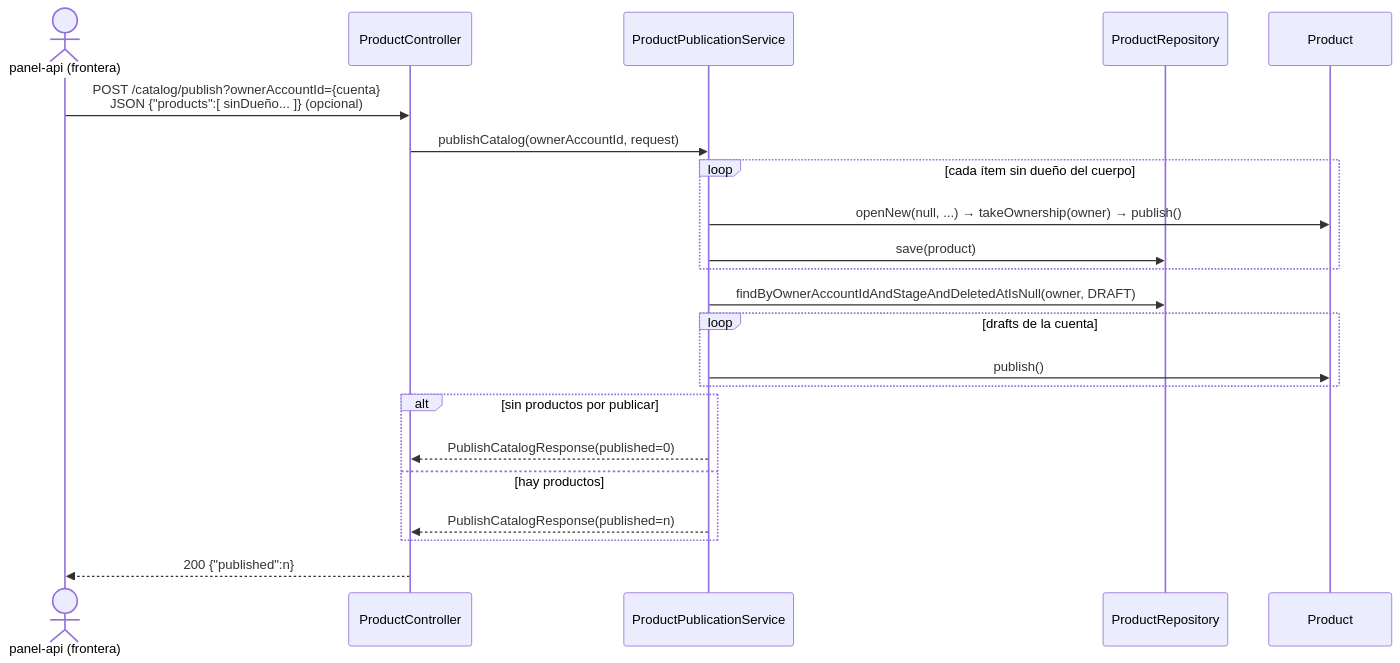
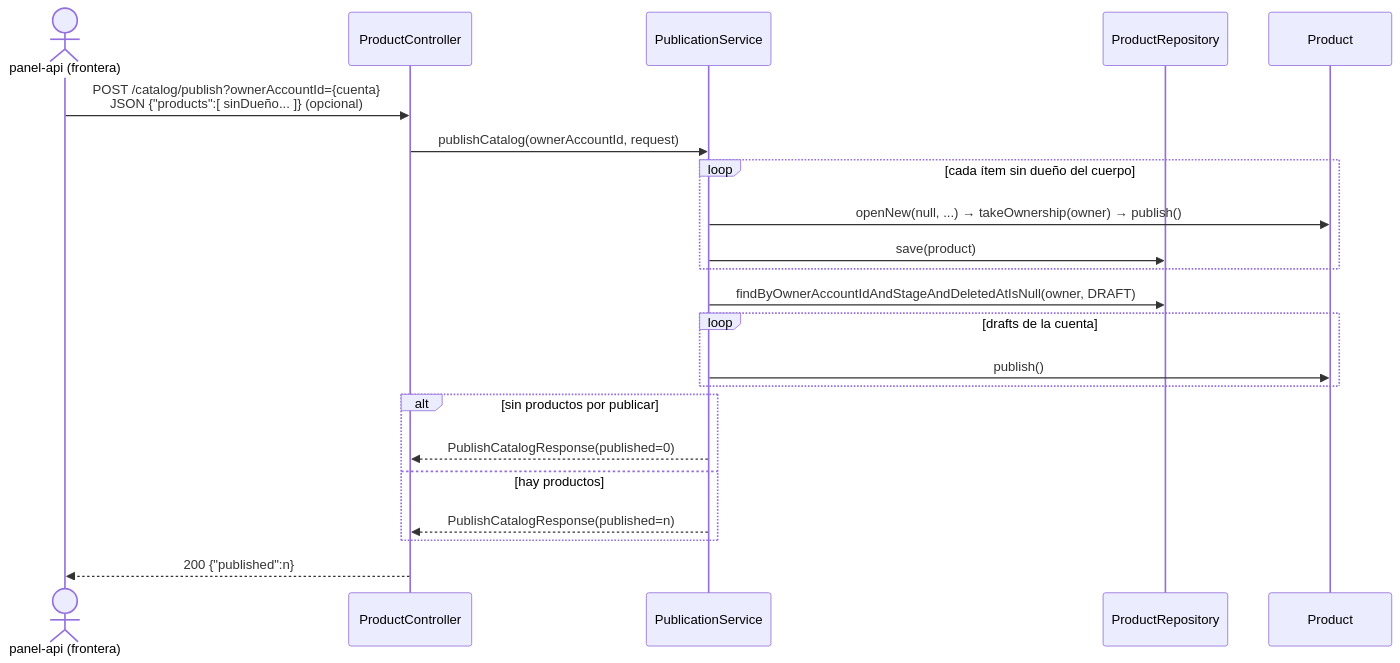
Before and after one commit to Dariosoft/fes-catalog-api: the fifth of 6 diagrams in specs/001-published-products-images/uml.md, drawn with Mermaid. The commit also changed other lines of this file and 33 other files, not shown here.

````diff
--- a/specs/001-published-products-images/uml.md
+++ b/specs/001-published-products-images/uml.md
@@ -441,25 +441,25 @@
 ```mermaid
 sequenceDiagram
   actor Panel as panel-api (frontera)
   participant Ctrl as ProductController
-  participant Pub as ProductPublicationService
+  participant Pub as PublicationService
   participant Repo as ProductRepository
   participant Product as Product
 
   Panel->>Ctrl: POST /catalog/publish?ownerAccountId={cuenta}<br/>JSON {"products":[ sinDueño... ]} (opcional)
   Ctrl->>Pub: publishCatalog(ownerAccountId, request)
   loop cada ítem sin dueño del cuerpo
     Pub->>Product: openNew(null, ...) → takeOwnership(owner) → publish()
     Pub->>Repo: save(product)
   end
   Pub->>Repo: findByOwnerAccountIdAndStageAndDeletedAtIsNull(owner, DRAFT)
   loop drafts de la cuenta
     Pub->>Product: publish()
   end
   alt sin productos por publicar
     Pub-->>Ctrl: PublishCatalogResponse(published=0)
   else hay productos
     Pub-->>Ctrl: PublishCatalogResponse(published=n)
   end
   Ctrl-->>Panel: 200 {"published":n}
 ```
````
